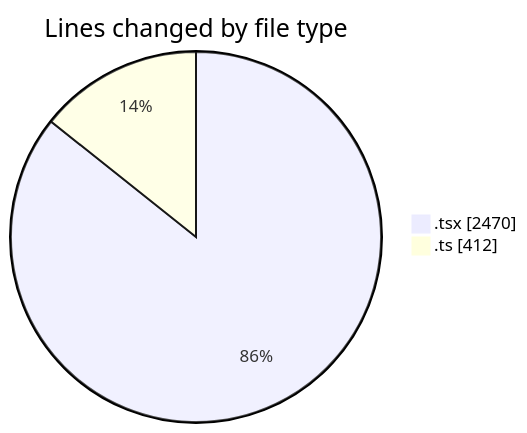
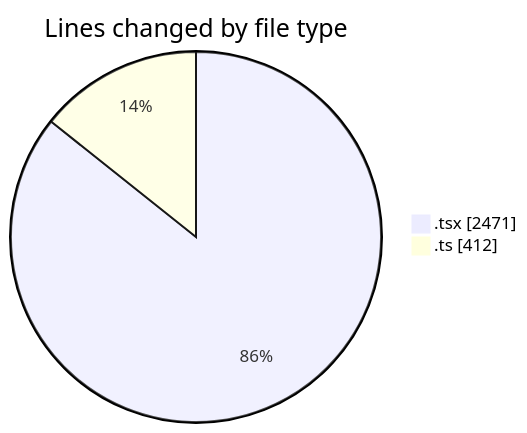
Before and after one commit to robertbonfada/code-tracking: the first of 2 diagrams in 2025-03-17/audiobooks-web/README.md, drawn with Mermaid. The commit also changed other lines of this file and 1 other file, not shown here.

````diff
--- a/2025-03-17/audiobooks-web/README.md
+++ b/2025-03-17/audiobooks-web/README.md
@@ -33,6 +33,6 @@
 ```mermaid
 pie showData
 title Lines changed by file type
-".tsx" : 2470
+".tsx" : 2471
 ".ts" : 412
 ```
````
